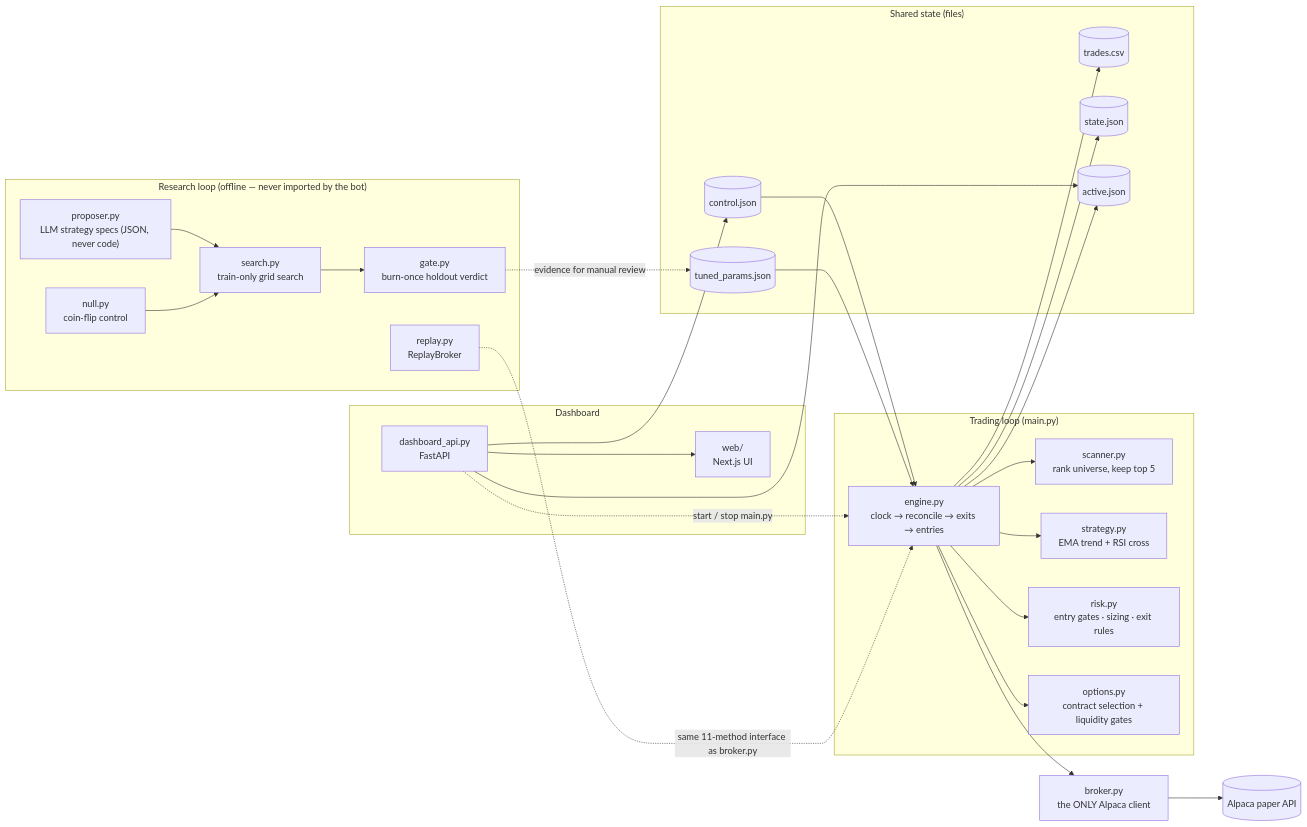
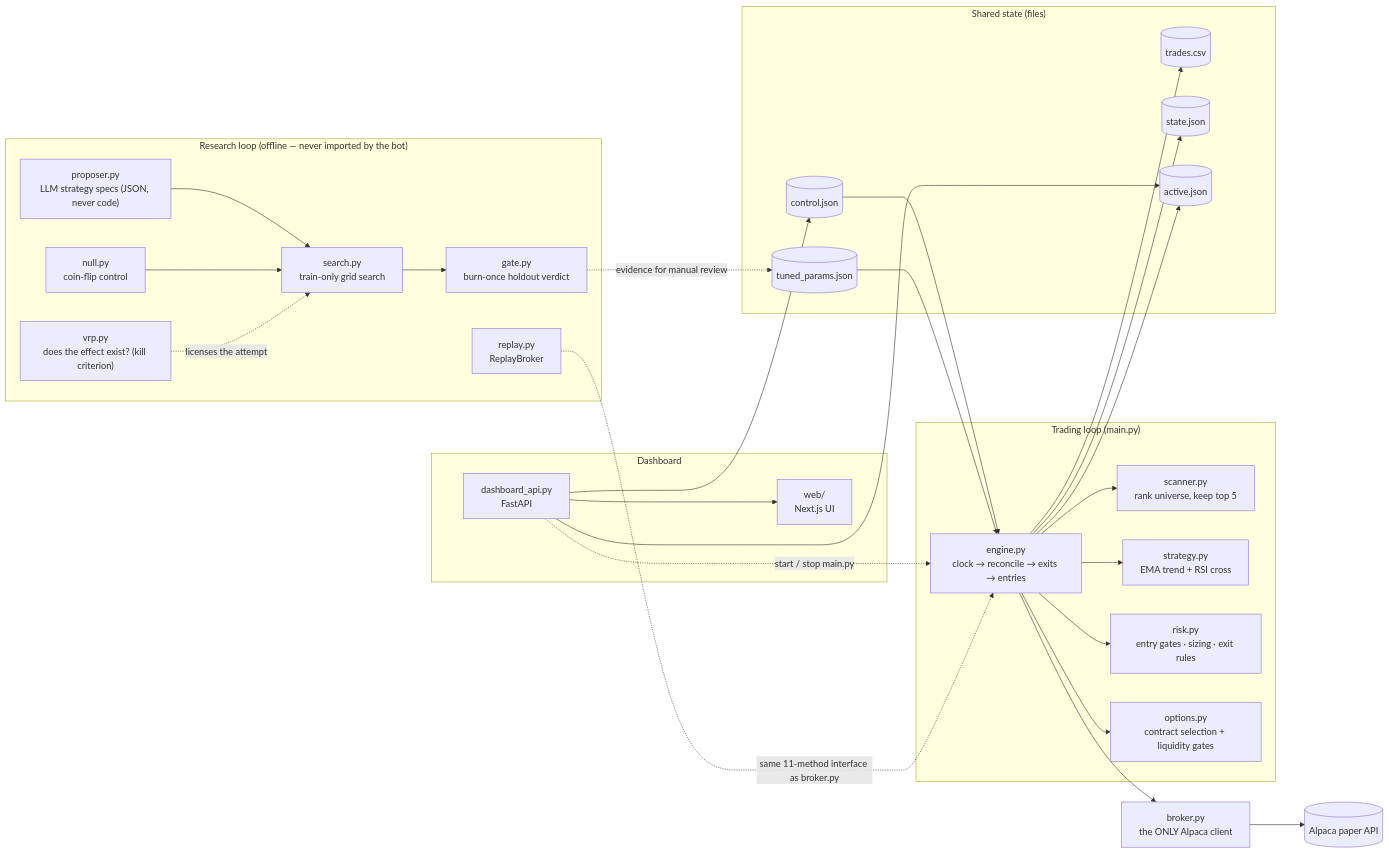
Before and after one commit to Manideep728/options-research-harness: the diagram in README.md, drawn with Mermaid. The commit also changed other lines of this file, not shown here.

````diff
--- a/README.md
+++ b/README.md
@@ -247,50 +378,52 @@
 ```mermaid
 flowchart LR
     subgraph loop["Trading loop (main.py)"]
         engine["engine.py<br/>clock → reconcile → exits → entries"]
         scanner["scanner.py<br/>rank universe, keep top 5"]
         strategy["strategy.py<br/>EMA trend + RSI cross"]
         risk["risk.py<br/>entry gates · sizing · exit rules"]
         options["options.py<br/>contract selection + liquidity gates"]
         engine --> scanner
         engine --> strategy
         engine --> risk
         engine --> options
     end
 
     broker["broker.py<br/>the ONLY Alpaca client"]
     alpaca[("Alpaca paper API")]
     engine --> broker --> alpaca
 
     subgraph state["Shared state (files)"]
         journal[("trades.csv")]
         day[("state.json")]
         active[("active.json")]
         control[("control.json")]
         tuned[("tuned_params.json")]
     end
     engine --> journal
     engine --> day
     engine --> active
     control --> engine
     tuned --> engine
 
     subgraph dash["Dashboard"]
         api["dashboard_api.py<br/>FastAPI"] --> web["web/<br/>Next.js UI"]
     end
     api --> active
     api --> control
     api -. "start / stop main.py" .-> engine
 
     subgraph research["Research loop (offline — never imported by the bot)"]
+        vrpmod["vrp.py<br/>does the effect exist? (kill criterion)"]
         search["search.py<br/>train-only grid search"]
         nullmod["null.py<br/>coin-flip control"]
         replaymod["replay.py<br/>ReplayBroker"]
         gate["gate.py<br/>burn-once holdout verdict"]
         proposer["proposer.py<br/>LLM strategy specs (JSON, never code)"]
         proposer --> search --> gate
         nullmod --> search
+        vrpmod -. "licenses the attempt" .-> search
     end
     replaymod -. "same 11-method interface as broker.py" .-> engine
     gate -. "evidence for manual review" .-> tuned
 ```
````
